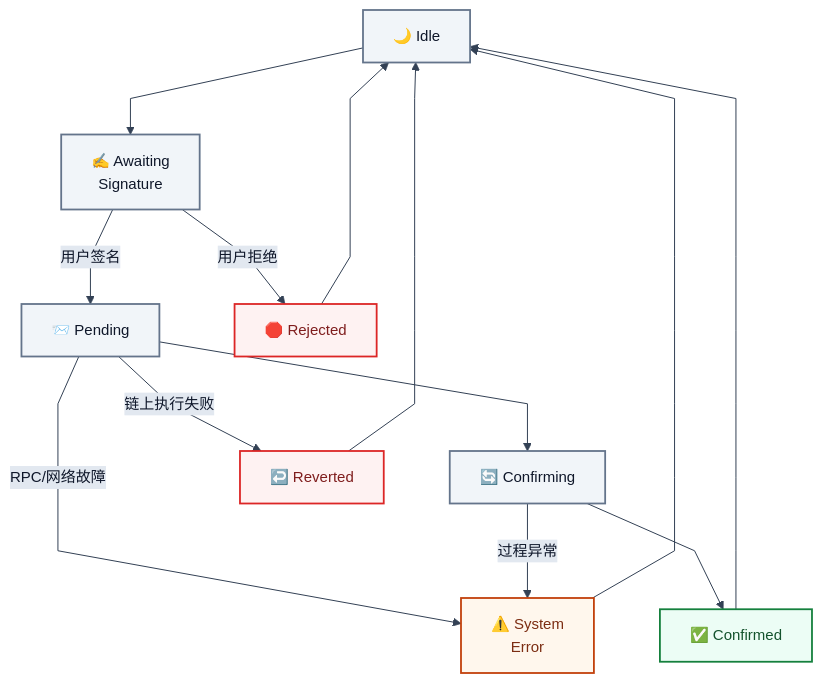
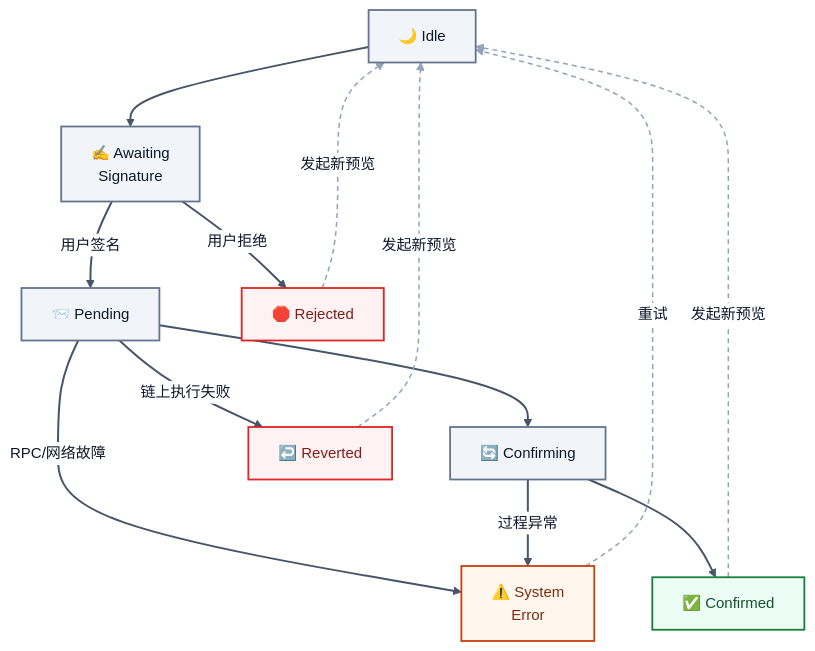
One commit to sunshineluyao/Moss-Mcp-Transaction changed the seventh of 8 diagrams in README.md. Above: the diagram before and after it, drawn with Mermaid. The commit also changed other lines of this file, not shown here.

Commit message:
docs: improve Mermaid chart clarity and styling

````diff
--- a/README.md
+++ b/README.md
@@ -701,28 +722,30 @@
 ```mermaid
-%%{init: {'theme':'base','flowchart': {'htmlLabels': true, 'nodeSpacing': 56, 'rankSpacing': 72, 'curve': 'linear'},'themeVariables': {'fontFamily':'Trebuchet MS, Segoe UI, sans-serif','fontSize':'15px','primaryColor':'#eef6ff','primaryBorderColor':'#3b82f6','primaryTextColor':'#0f172a','lineColor':'#334155','secondaryColor':'#f8fafc','tertiaryColor':'#f1f5f9','edgeLabelBackground':'#e2e8f0'}}}%%
+%%{init: {'theme':'base','flowchart': {'htmlLabels': true, 'nodeSpacing': 48, 'rankSpacing': 64, 'curve': 'basis'},'themeVariables': {'fontFamily':'Inter, Segoe UI, sans-serif','fontSize':'15px','primaryTextColor':'#0f172a','lineColor':'#475569','clusterBkg':'#f8fafc','clusterBorder':'#cbd5e1','edgeLabelBackground':'#ffffff'}}}%%
 flowchart TB
   Idle["🌙 Idle"] --> Awaiting["✍️ Awaiting<br/>Signature"]
   Awaiting -->|用户签名| Pending["📨 Pending"]
   Awaiting -->|用户拒绝| Rejected["🛑 Rejected"]
 
   Pending --> Confirming["🔄 Confirming"]
   Confirming --> Confirmed["✅ Confirmed"]
   Pending -->|链上执行失败| Reverted["↩️ Reverted"]
   Pending -->|RPC/网络故障| SystemError["⚠️ System<br/>Error"]
   Confirming -->|过程异常| SystemError
 
-  Rejected --> Idle
-  Reverted --> Idle
-  SystemError --> Idle
-  Confirmed --> Idle
+  Rejected -.->|发起新预览| Idle
+  Reverted -.->|发起新预览| Idle
+  SystemError -.->|重试| Idle
+  Confirmed -.->|发起新预览| Idle
 
   classDef neutral fill:#f1f5f9,stroke:#64748b,stroke-width:1.8px,color:#0f172a;
   classDef success fill:#ecfdf5,stroke:#15803d,stroke-width:1.8px,color:#14532d;
   classDef danger fill:#fef2f2,stroke:#dc2626,stroke-width:1.8px,color:#7f1d1d;
   classDef warn fill:#fff7ed,stroke:#c2410c,stroke-width:1.8px,color:#7c2d12;
 
   class Idle,Awaiting,Pending,Confirming neutral;
   class Confirmed success;
   class Rejected,Reverted danger;
   class SystemError warn;
+  linkStyle 8,9,10,11 stroke:#94a3b8,stroke-width:1.5px,stroke-dasharray:5 4;
+  linkStyle default stroke-width:2px;
 ```
````
